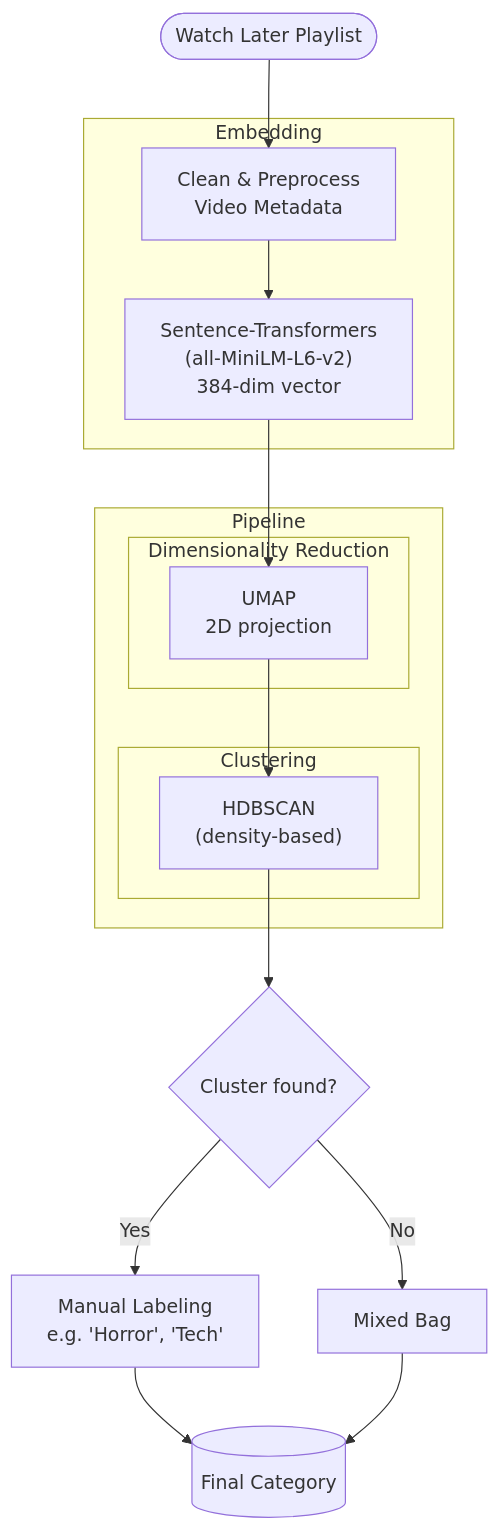
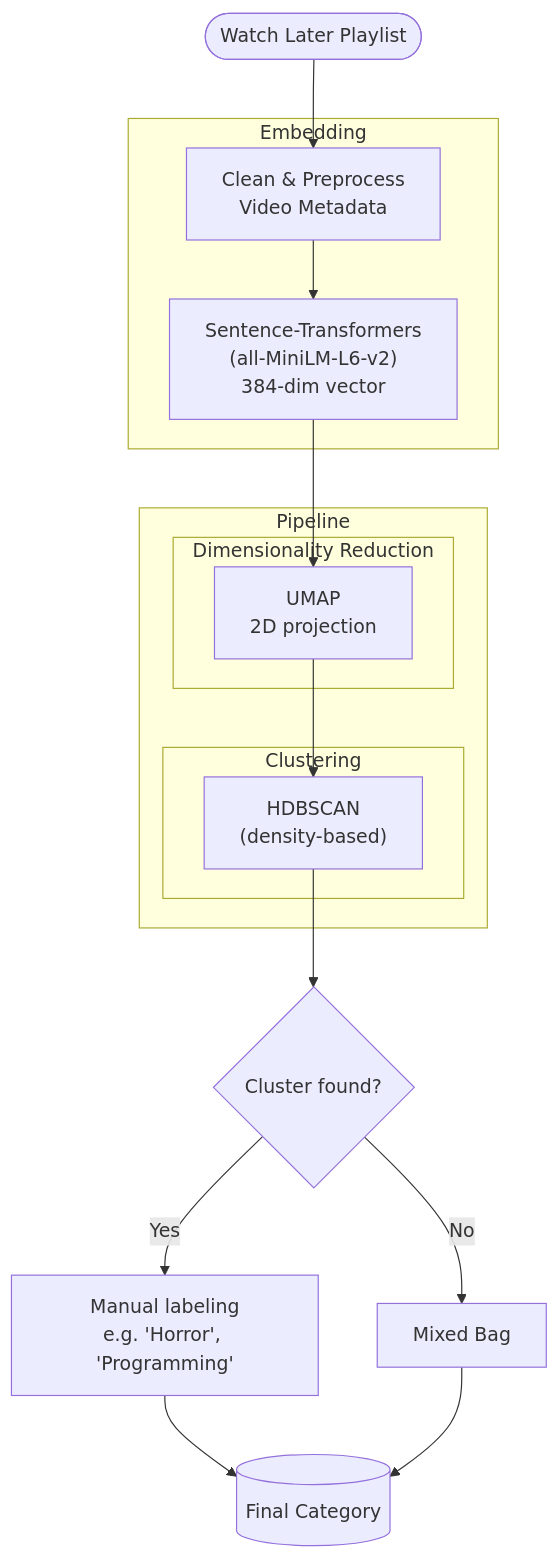
Before and after one commit to cosmognaut/magpie: the diagram in README.md, drawn with Mermaid.

Commit message:
docs: fix grammar in mermaid diagram

````diff
--- a/README.md
+++ b/README.md
@@ -39,25 +39,25 @@
 ```mermaid
 flowchart TD
     WL([Watch Later Playlist]) --> PREPROCESS[Clean & Preprocess<br/>Video Metadata]
 
     subgraph Embed["Embedding"]
         PREPROCESS --> MINILM["Sentence-Transformers<br/>(all-MiniLM-L6-v2)<br/> 384-dim vector"]
     end
 
     subgraph Pipeline["Pipeline"]
         subgraph Reduce["Dimensionality Reduction"]
             MINILM --> UMAP["UMAP<br/> 2D projection"]
         end
     
         subgraph Cluster["Clustering"]
             UMAP --> HDBSCAN["HDBSCAN<br/>(density-based)"]
         end
     end
 
     HDBSCAN --> YESORNO{Cluster found?}
-    YESORNO -->|Yes| MANUAL["Manual Labeling<br/>e.g. 'Horror', 'Tech'"]
+    YESORNO -->|Yes| MANUAL["Manual labeling<br/>e.g. 'Horror', 'Programming'"]
     YESORNO -->|No| MIXED[Mixed Bag]
 
     MANUAL --> FINAL[(Final Category)]
     MIXED --> FINAL
 ```
````
